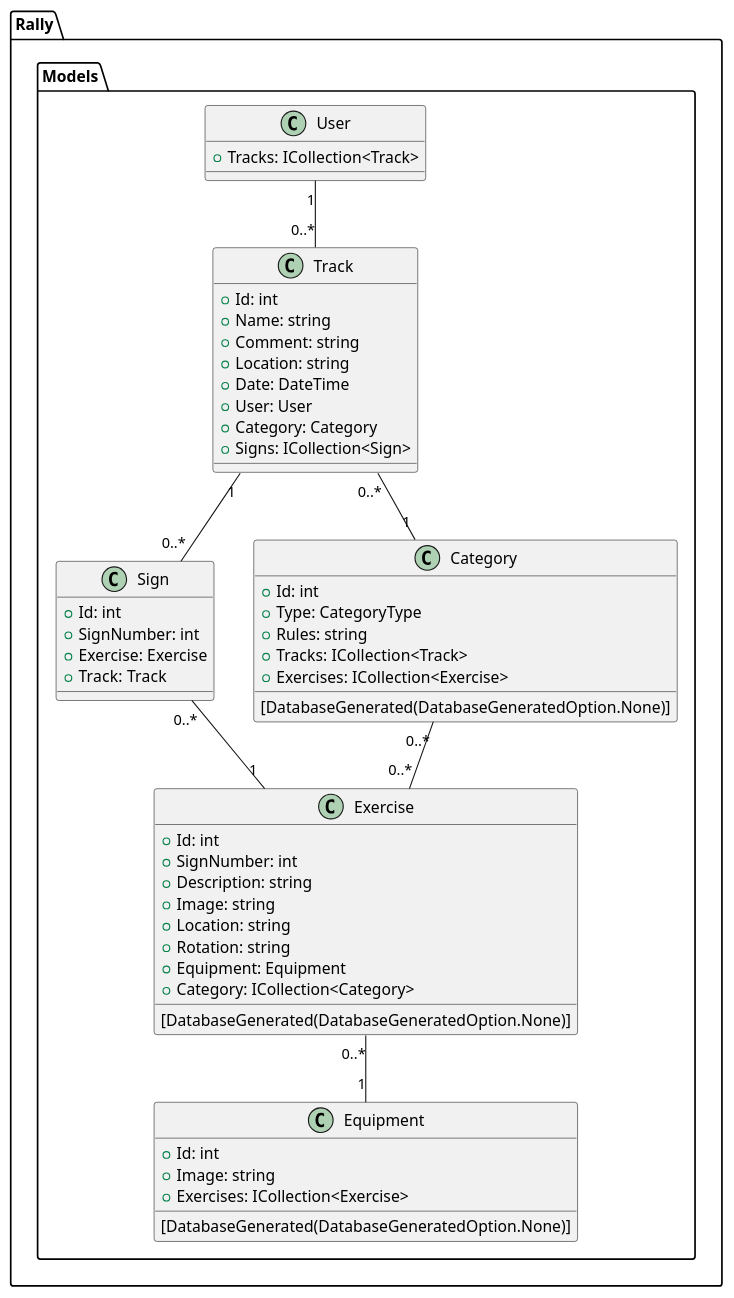
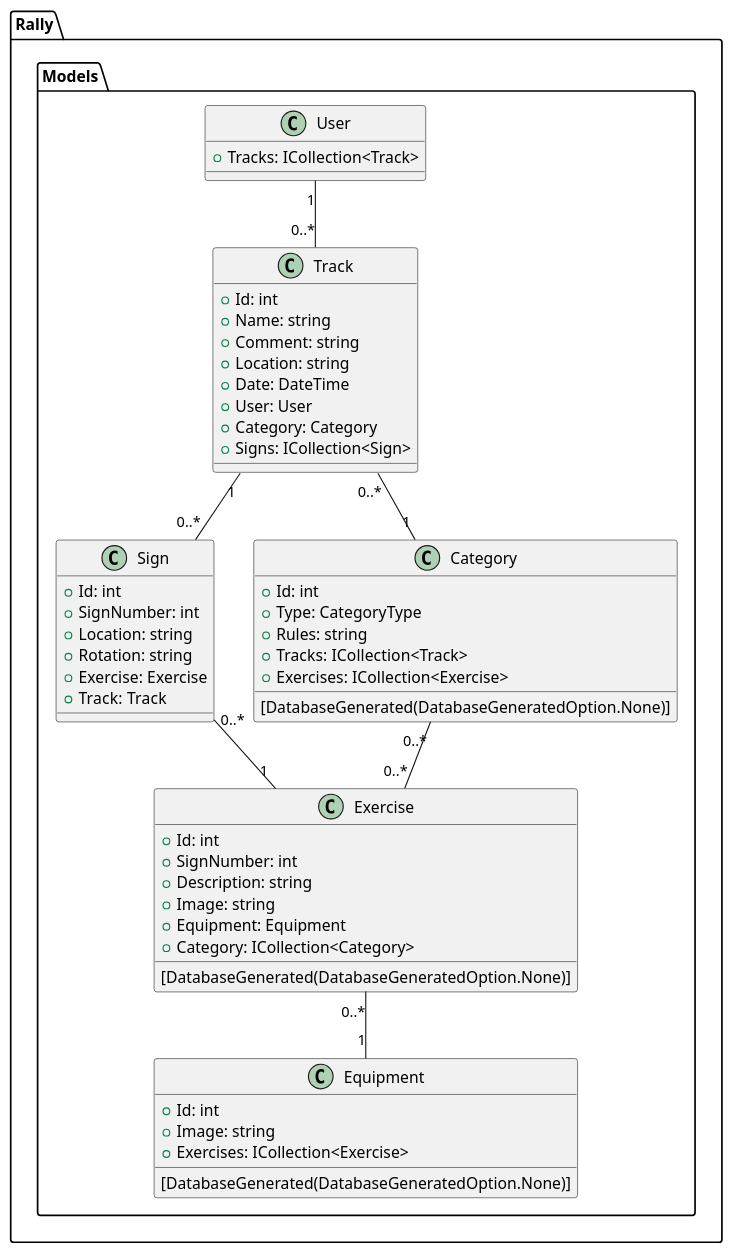
The diagram in Dodumentation/DSD_Models.wsd (DMOoF23-Team7-CAT/Project-Team7-Semester3), drawn with PlantUML before and after one commit. The commit also changed other lines of this file and 3 other files, not shown here.

```diff
--- a/Dodumentation/DSD_Models.wsd
+++ b/Dodumentation/DSD_Models.wsd
@@ -1,65 +1,65 @@
 @startuml Design Class Diagram for models
 
 namespace Rally.Models {
     class User {
         + Tracks: ICollection<Track>
     }
 
     class Track {
         + Id: int
         + Name: string
         + Comment: string
         + Location: string
         + Date: DateTime
         + User: User
         + Category: Category
         + Signs: ICollection<Sign>
     }
 
     class Sign {
         + Id: int
         + SignNumber: int
+        + Location: string
+        + Rotation: string
         + Exercise: Exercise
         + Track: Track
     }
 
     class Exercise {
         [DatabaseGenerated(DatabaseGeneratedOption.None)]
         + Id: int
         + SignNumber: int
         + Description: string
         + Image: string
-        + Location: string
-        + Rotation: string
         + Equipment: Equipment
         + Category: ICollection<Category>
     }
 
     class Equipment {
         [DatabaseGenerated(DatabaseGeneratedOption.None)]
         + Id: int
         + Image: string
         + Exercises: ICollection<Exercise>
     }
 
     class Category {
         [DatabaseGenerated(DatabaseGeneratedOption.None)]
         + Id: int
         + Type: CategoryType
         + Rules: string
         + Tracks: ICollection<Track>
         + Exercises: ICollection<Exercise>
     }
 
     User "1" -- "0..*" Track
     Track "0..*" -- "1" Category
     Track "1" -- "0..*" Sign
     Sign "0..*" -- "1" Exercise
     Exercise "0..*" -- "1" Equipment
     Category "0..*" -- "0..*" Exercise
 
 }
 
 
 
 @enduml
```
